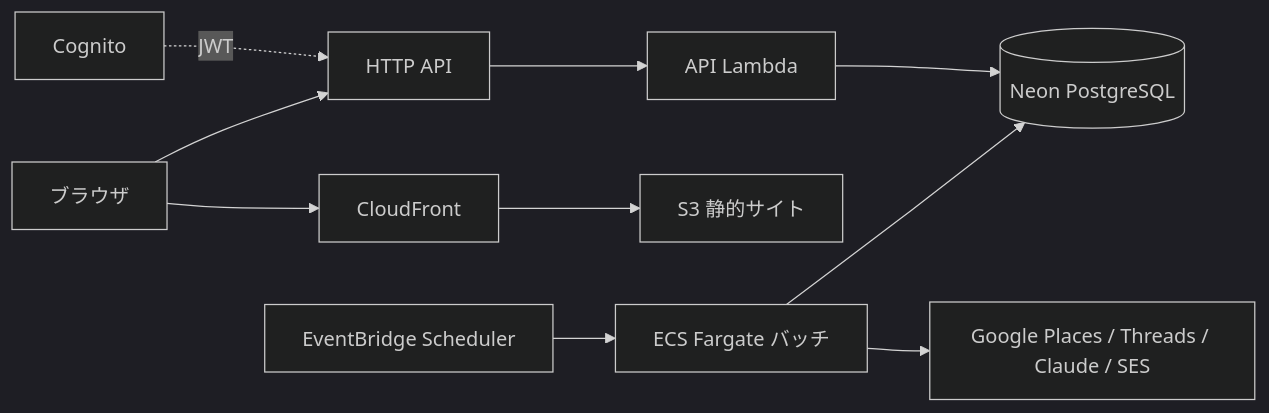
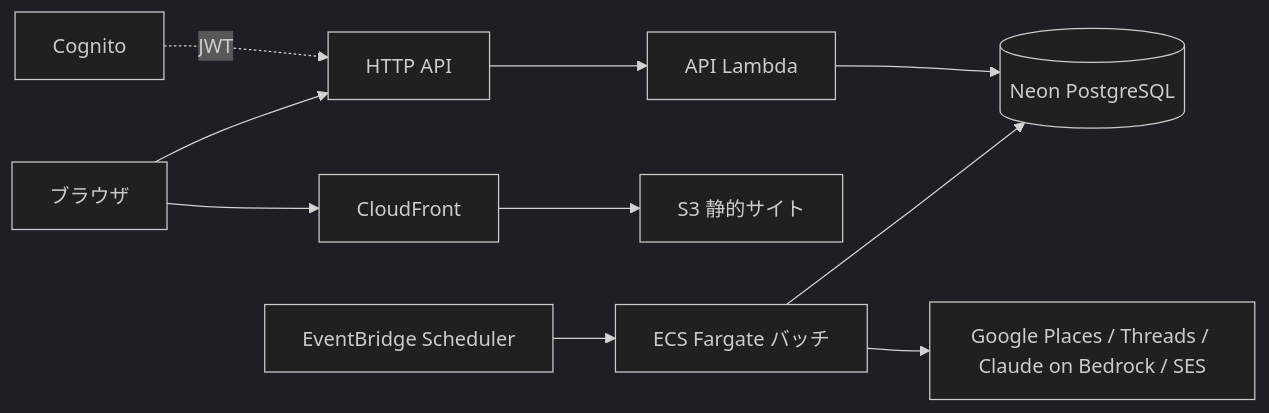
One commit to Wataruuuu-sys/salon-watcher changed the diagram in README.md. Above: the diagram before and after it, drawn with Mermaid (dark theme). The commit also changed 21 other files, not shown here.

````diff
--- a/README.md
+++ b/README.md
@@ -7,9 +7,9 @@
 ```mermaid
 flowchart LR
   Scheduler[EventBridge Scheduler] --> Batch[ECS Fargate バッチ]
   Batch --> Neon[(Neon PostgreSQL)]
-  Batch --> Ext[Google Places / Threads / Claude / SES]
+  Batch --> Ext[Google Places / Threads / Claude on Bedrock / SES]
   User[ブラウザ] --> CF[CloudFront] --> S3[S3 静的サイト]
   User --> Api[HTTP API] --> Lambda[API Lambda] --> Neon
   Cognito[Cognito] -. JWT .-> Api
 ```
````
